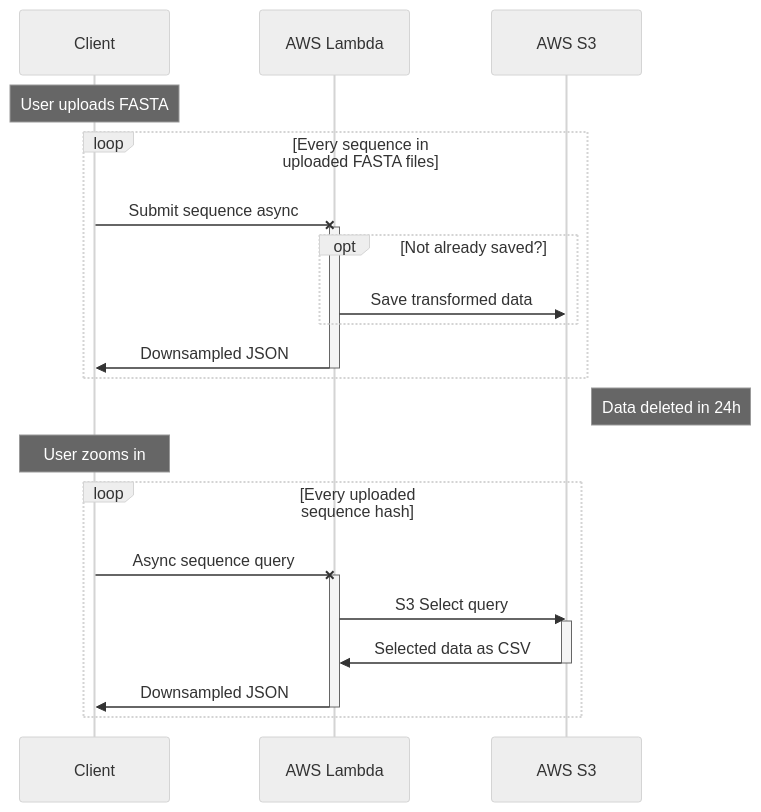
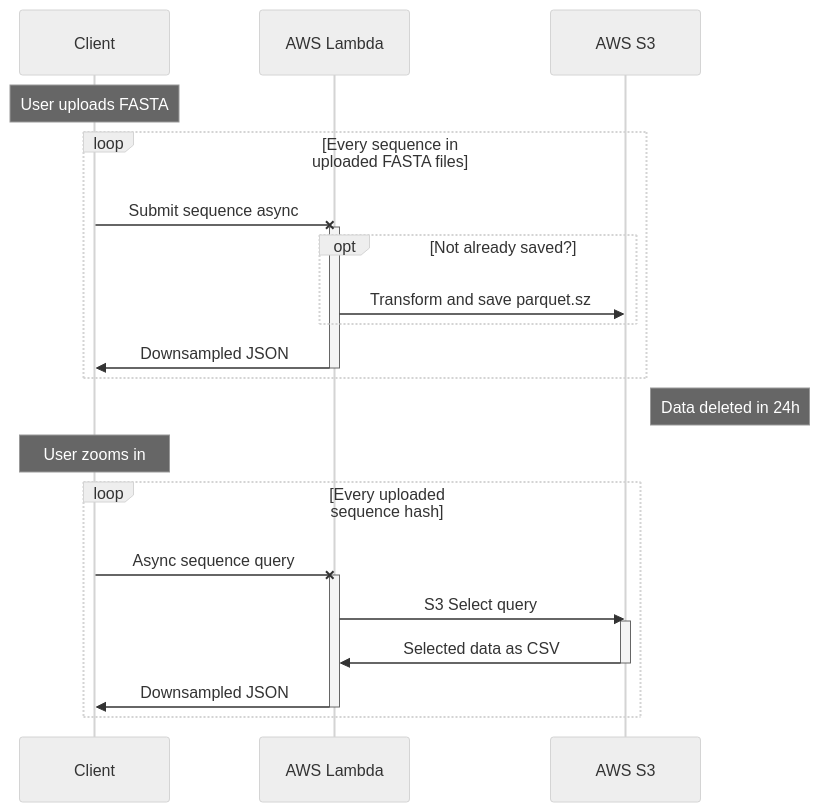
One commit to Benjamin-Lee/DNAvisualization.org changed the diagram in templates/test.mmd. Above: the diagram before and after it, drawn with Mermaid (neutral theme).

Commit message:
Include data type in diagram

```diff
--- a/templates/test.mmd
+++ b/templates/test.mmd
@@ -1,29 +1,29 @@
 sequenceDiagram
     participant C as Client
     participant L as AWS Lambda
     participant S as AWS S3
     note over C: User uploads FASTA
     loop Every sequence in uploaded FASTA files
 
             C-xL:Submit sequence async
 
             activate L
         opt Not already saved?
-            L->>S: Save transformed data
+            L->>S: Transform and save parquet.sz
         end
 
             L->>C:  Downsampled JSON
             deactivate L
     end
     note right of S: Data deleted in 24h
     note over C: User zooms in
     loop Every uploaded sequence hash
         C-xL: Async sequence query
         activate L
         L->>S: S3 Select query
         activate S
         S->>L: Selected data as CSV
         deactivate S
         L->>C: Downsampled JSON
         deactivate L
     end
```
